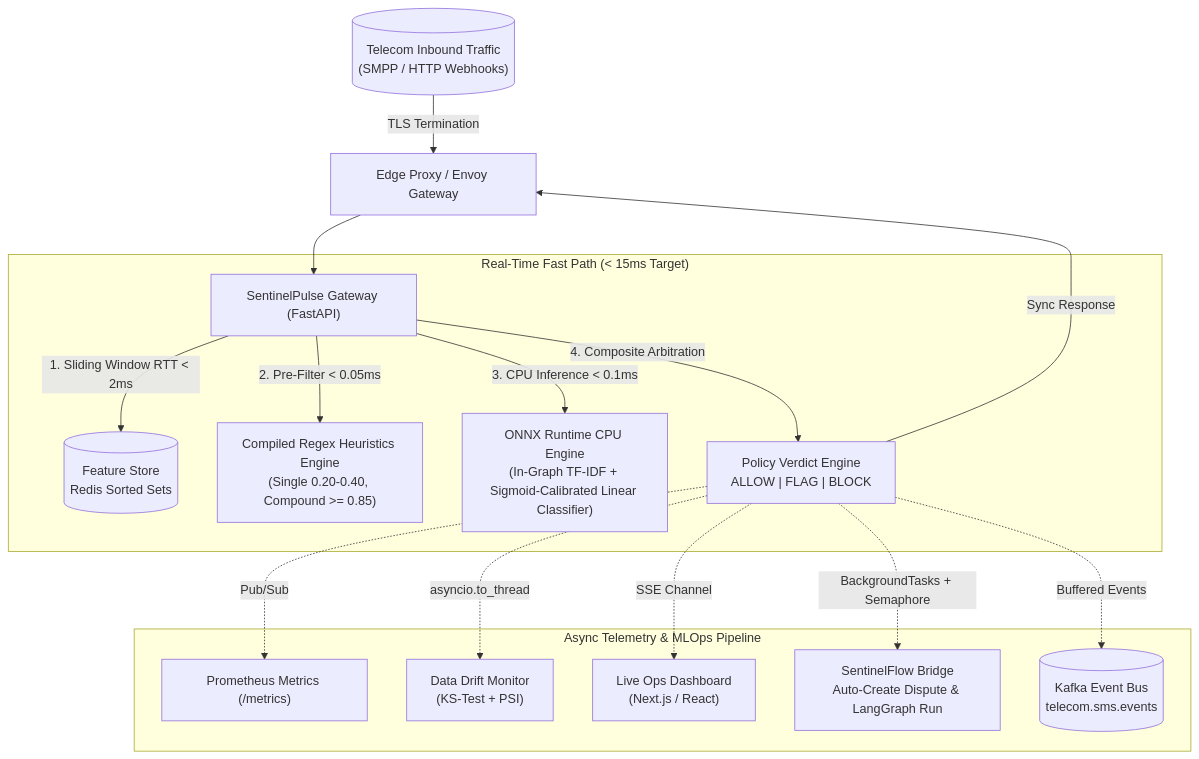
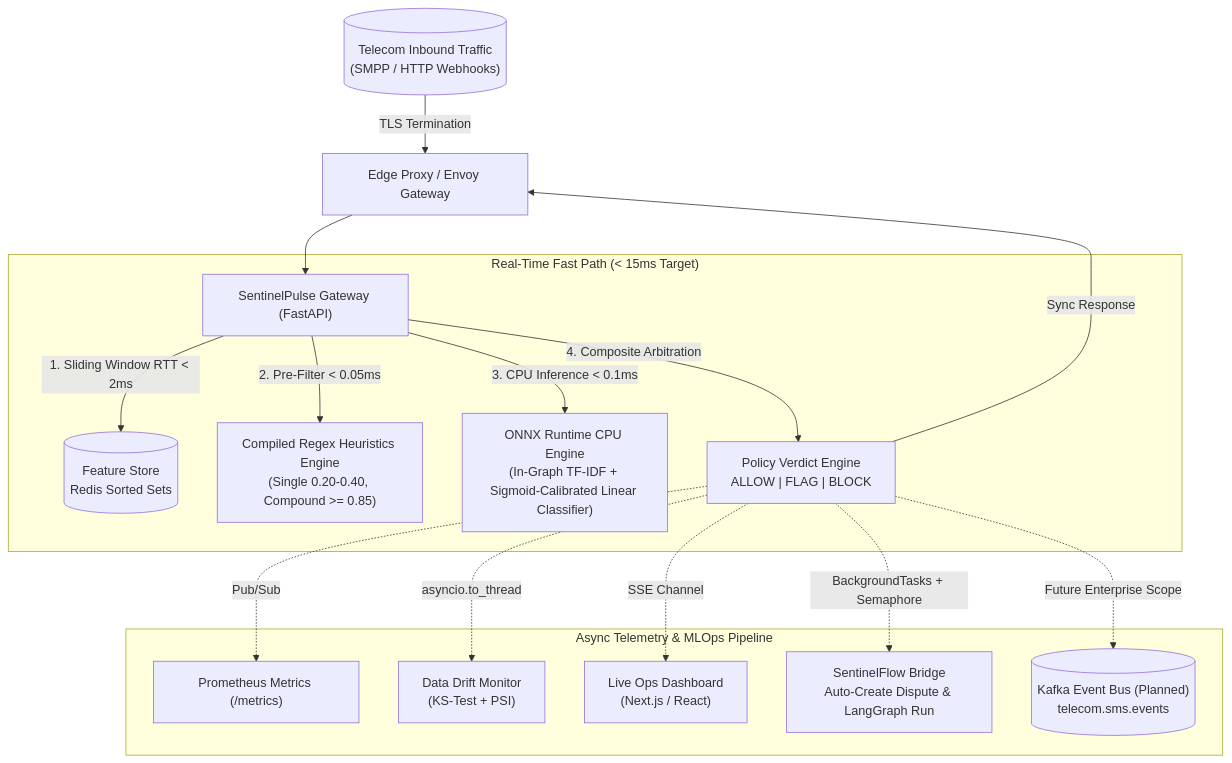
One commit to thiago-terceiro/sentinelflow changed the first of 2 diagrams in SYSTEM_DESIGN.md. Above: the diagram before and after it, drawn with Mermaid. The commit also changed other lines of this file and 13 other files, not shown here.

````diff
--- a/SYSTEM_DESIGN.md
+++ b/SYSTEM_DESIGN.md
@@ -13,22 +13,22 @@
 ```mermaid
 flowchart TD
     Client[("Telecom Inbound Traffic<br/>(SMPP / HTTP Webhooks)")] -->|TLS Termination| Edge["Edge Proxy / Envoy Gateway"]
     Edge --> Gateway["SentinelPulse Gateway (FastAPI)"]
     
     subgraph "Real-Time Fast Path (< 15ms Target)"
         Gateway -->|1. Sliding Window RTT < 2ms| Redis[("Feature Store<br/>Redis Sorted Sets")]
         Gateway -->|2. Pre-Filter < 0.05ms| Regex["Compiled Regex Heuristics Engine<br/>(Single 0.20-0.40, Compound >= 0.85)"]
         Gateway -->|3. CPU Inference < 0.1ms| ONNX["ONNX Runtime CPU Engine<br/>(In-Graph TF-IDF + Sigmoid-Calibrated Linear Classifier)"]
         Gateway -->|4. Composite Arbitration| Decider["Policy Verdict Engine<br/>ALLOW | FLAG | BLOCK"]
     end
     
     Decider -->|Sync Response| Edge
     
     subgraph "Async Telemetry & MLOps Pipeline"
         Decider -.->|Pub/Sub| Prometheus["Prometheus Metrics (/metrics)"]
         Decider -.->|asyncio.to_thread| Drift["Data Drift Monitor<br/>(KS-Test + PSI)"]
         Decider -.->|SSE Channel| Dashboard["Live Ops Dashboard<br/>(Next.js / React)"]
         Decider -.->|BackgroundTasks + Semaphore| Escalation["SentinelFlow Bridge<br/>Auto-Create Dispute & LangGraph Run"]
-        Decider -.->|Buffered Events| Kafka[("Kafka Event Bus<br/>telecom.sms.events")]
+        Decider -.->|Future Enterprise Scope| Kafka[("Kafka Event Bus (Planned)<br/>telecom.sms.events")]
     end
 ```
````
